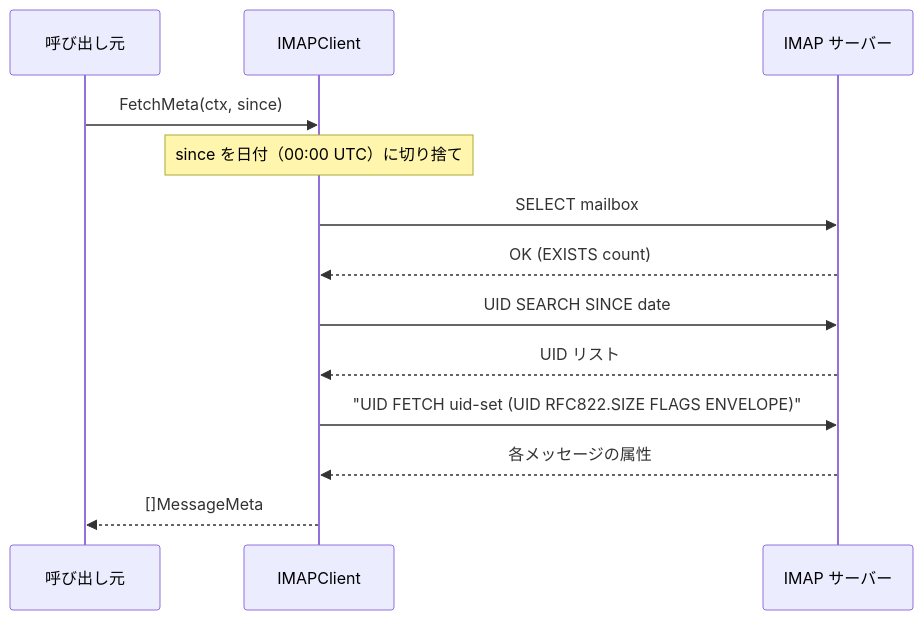
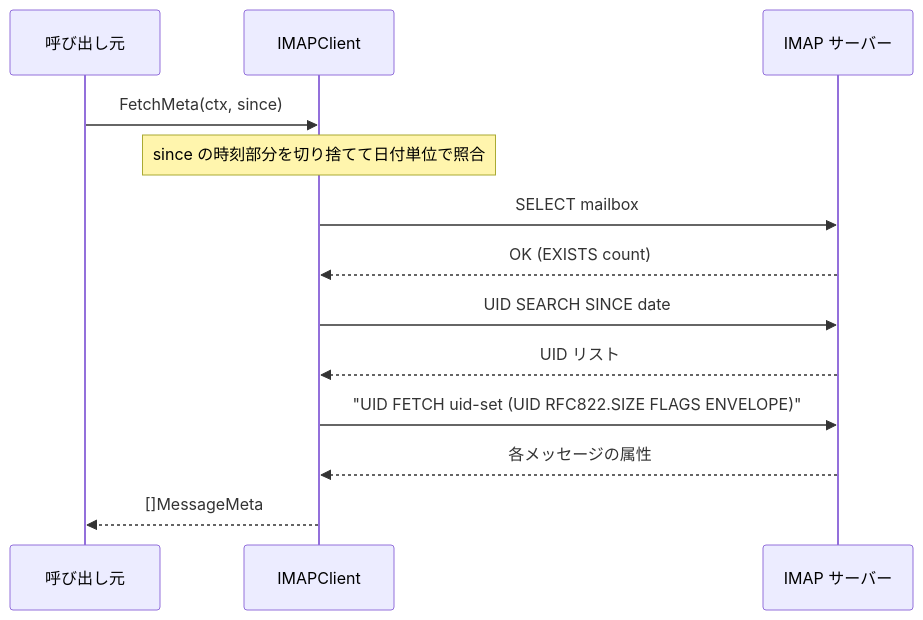
Before and after one commit to isseis/tlsrpt-digest: the fifth of 7 diagrams in docs/tasks/0010_imap/02_architecture.md, drawn with Mermaid. The commit also changed other lines of this file, not shown here.

First line of the commit message:
docs(0010): refine architecture — BODY.PEEK[], UID missing error, test cases

````diff
--- a/docs/tasks/0010_imap/02_architecture.md
+++ b/docs/tasks/0010_imap/02_architecture.md
@@ -120,20 +120,20 @@
 ```mermaid
 sequenceDiagram
     participant caller as 呼び出し元
     participant c as IMAPClient
     participant srv as IMAP サーバー
 
     caller->>c: FetchMeta(ctx, since)
-    Note over c: since を日付（00:00 UTC）に切り捨て
+    Note over c: since の時刻部分を切り捨てて日付単位で照合
 
     c->>srv: SELECT mailbox
     srv-->>c: OK (EXISTS count)
 
     c->>srv: UID SEARCH SINCE date
     srv-->>c: UID リスト
 
     c->>srv: "UID FETCH uid-set (UID RFC822.SIZE FLAGS ENVELOPE)"
     srv-->>c: 各メッセージの属性
 
     c-->>caller: []MessageMeta
 ```
````
